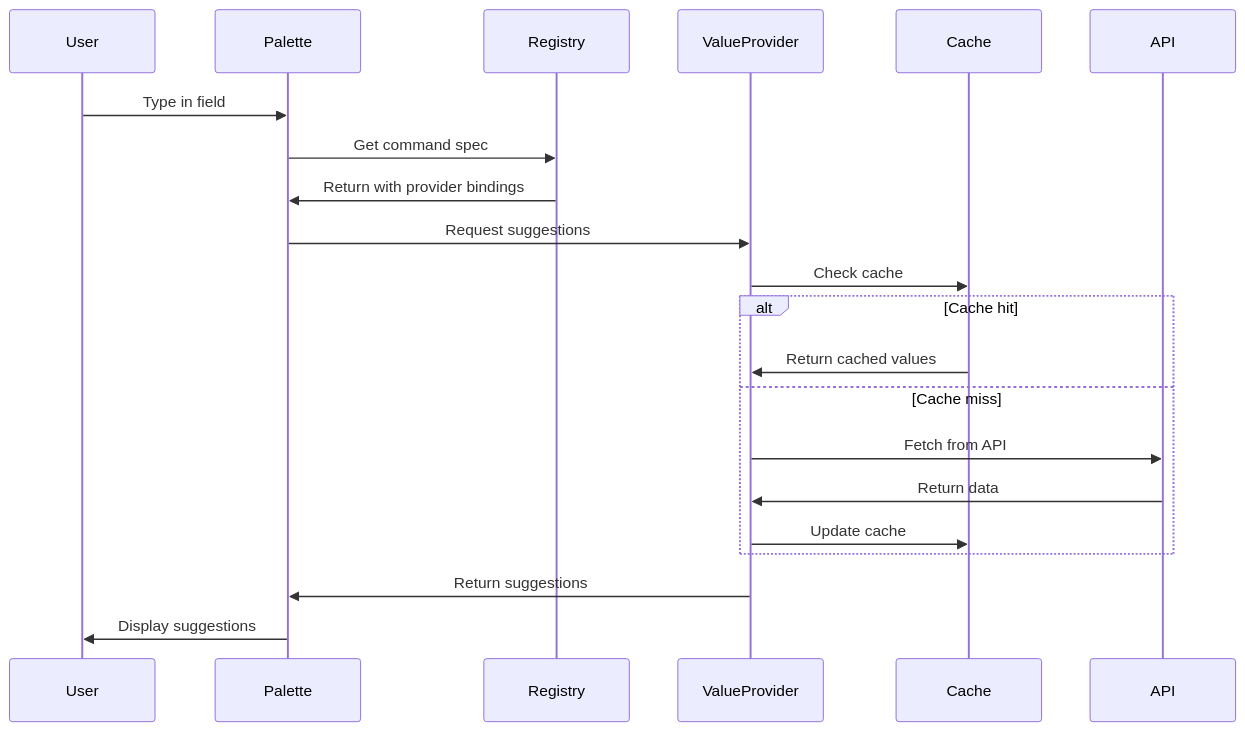
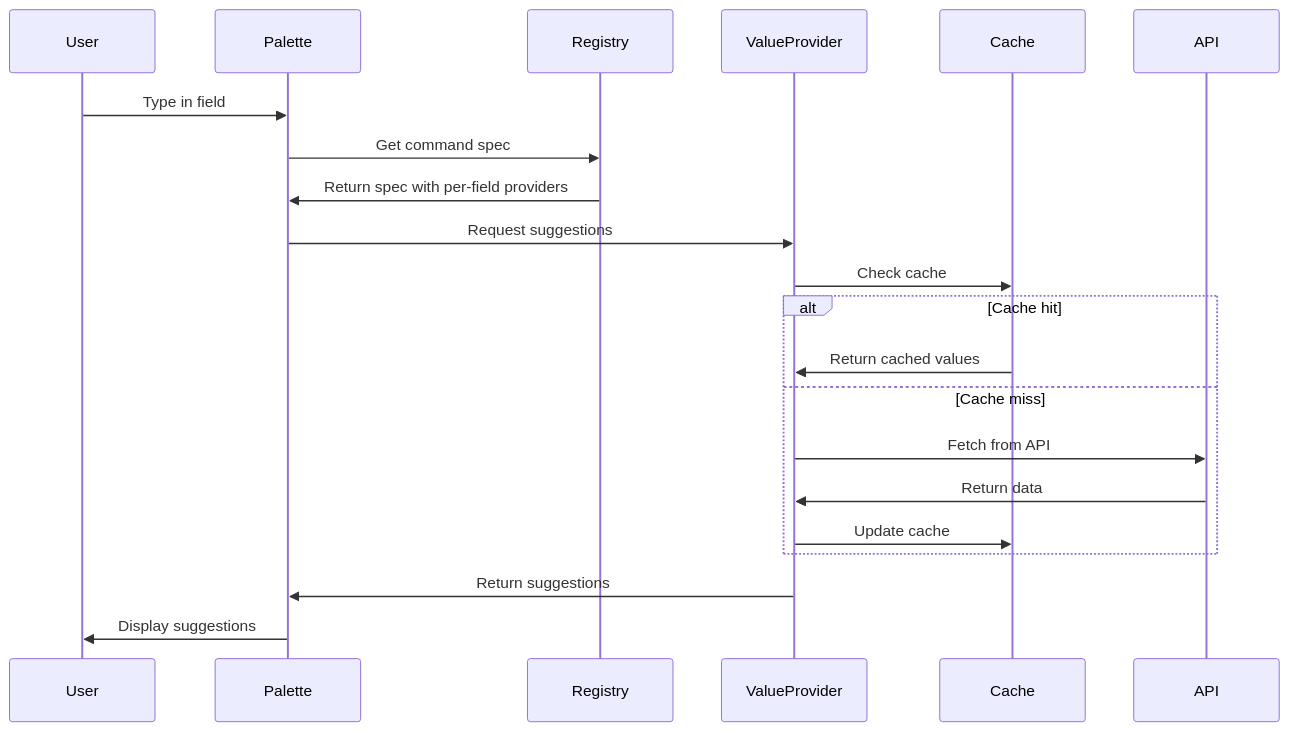
Before and after one commit to oattyio/oatty: the second of 3 diagrams in plans/VALUE_PROVIDER_REGISTRY.md, drawn with Mermaid. The commit also changed other lines of this file and 44 other files, not shown here.

````diff
--- a/plans/VALUE_PROVIDER_REGISTRY.md
+++ b/plans/VALUE_PROVIDER_REGISTRY.md
@@ -152,24 +133,24 @@
 ```mermaid
 sequenceDiagram
     participant U as User
     participant P as Palette
     participant R as Registry
     participant V as ValueProvider
     participant C as Cache
     participant A as API
     
     U->>P: Type in field
     P->>R: Get command spec
-    R->>P: Return with provider bindings
+    R->>P: Return spec with per-field providers
     P->>V: Request suggestions
     V->>C: Check cache
     alt Cache hit
         C->>V: Return cached values
     else Cache miss
         V->>A: Fetch from API
         A->>V: Return data
         V->>C: Update cache
     end
     V->>P: Return suggestions
     P->>U: Display suggestions
 ```
````
